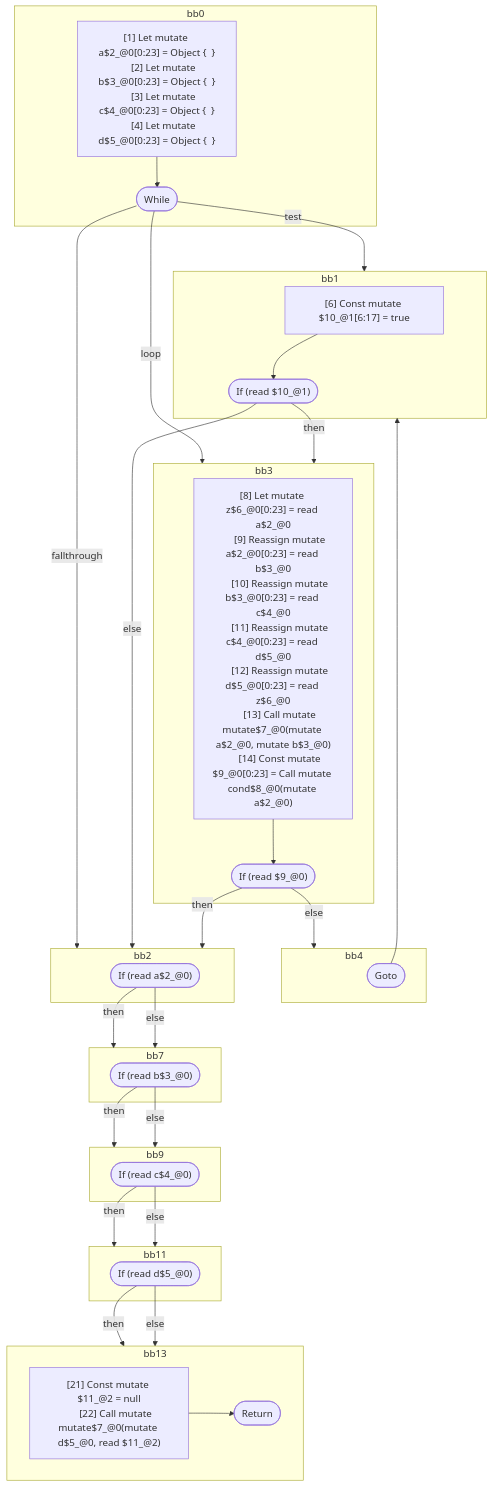
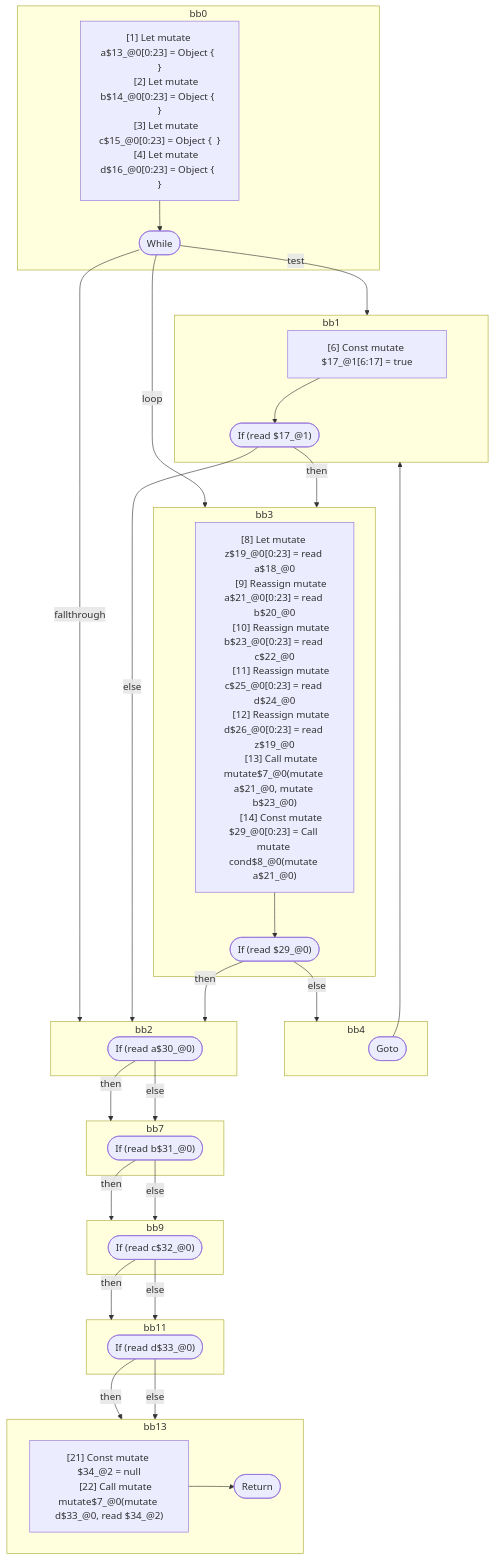
One commit to wutsmog/private changed the third of 3 diagrams in compiler/forget/src/__tests__/fixtures/hir/mutable-lifetime-loops.expect.md. Above: the diagram before and after it, drawn with Mermaid. The commit also changed other lines of this file and 59 other files, not shown here.

````diff
--- a/compiler/forget/src/__tests__/fixtures/hir/mutable-lifetime-loops.expect.md
+++ b/compiler/forget/src/__tests__/fixtures/hir/mutable-lifetime-loops.expect.md
@@ -141,72 +149,72 @@
 ```mermaid
 flowchart TB
   %% Basic Blocks
   subgraph bb0
     bb0_instrs["
-      [1] Let mutate a$2_@0[0:23] = Object {  }
-      [2] Let mutate b$3_@0[0:23] = Object {  }
-      [3] Let mutate c$4_@0[0:23] = Object {  }
-      [4] Let mutate d$5_@0[0:23] = Object {  }
+      [1] Let mutate a$13_@0[0:23] = Object {  }
+      [2] Let mutate b$14_@0[0:23] = Object {  }
+      [3] Let mutate c$15_@0[0:23] = Object {  }
+      [4] Let mutate d$16_@0[0:23] = Object {  }
     "]
     bb0_instrs --> bb0_terminal(["While"])
   end
   subgraph bb1
     bb1_instrs["
-      [6] Const mutate $10_@1[6:17] = true
+      [6] Const mutate $17_@1[6:17] = true
     "]
-    bb1_instrs --> bb1_terminal(["If (read $10_@1)"])
+    bb1_instrs --> bb1_terminal(["If (read $17_@1)"])
   end
   subgraph bb3
     bb3_instrs["
-      [8] Let mutate z$6_@0[0:23] = read a$2_@0
-      [9] Reassign mutate a$2_@0[0:23] = read b$3_@0
-      [10] Reassign mutate b$3_@0[0:23] = read c$4_@0
-      [11] Reassign mutate c$4_@0[0:23] = read d$5_@0
-      [12] Reassign mutate d$5_@0[0:23] = read z$6_@0
-      [13] Call mutate mutate$7_@0(mutate a$2_@0, mutate b$3_@0)
-      [14] Const mutate $9_@0[0:23] = Call mutate cond$8_@0(mutate a$2_@0)
+      [8] Let mutate z$19_@0[0:23] = read a$18_@0
+      [9] Reassign mutate a$21_@0[0:23] = read b$20_@0
+      [10] Reassign mutate b$23_@0[0:23] = read c$22_@0
+      [11] Reassign mutate c$25_@0[0:23] = read d$24_@0
+      [12] Reassign mutate d$26_@0[0:23] = read z$19_@0
+      [13] Call mutate mutate$7_@0(mutate a$21_@0, mutate b$23_@0)
+      [14] Const mutate $29_@0[0:23] = Call mutate cond$8_@0(mutate a$21_@0)
     "]
-    bb3_instrs --> bb3_terminal(["If (read $9_@0)"])
+    bb3_instrs --> bb3_terminal(["If (read $29_@0)"])
   end
   subgraph bb4
     bb4_terminal(["Goto"])
   end
   subgraph bb2
-    bb2_terminal(["If (read a$2_@0)"])
+    bb2_terminal(["If (read a$30_@0)"])
   end
   subgraph bb7
-    bb7_terminal(["If (read b$3_@0)"])
+    bb7_terminal(["If (read b$31_@0)"])
   end
   subgraph bb9
-    bb9_terminal(["If (read c$4_@0)"])
+    bb9_terminal(["If (read c$32_@0)"])
   end
   subgraph bb11
-    bb11_terminal(["If (read d$5_@0)"])
+    bb11_terminal(["If (read d$33_@0)"])
   end
   subgraph bb13
     bb13_instrs["
-      [21] Const mutate $11_@2 = null
-      [22] Call mutate mutate$7_@0(mutate d$5_@0, read $11_@2)
+      [21] Const mutate $34_@2 = null
+      [22] Call mutate mutate$7_@0(mutate d$33_@0, read $34_@2)
     "]
     bb13_instrs --> bb13_terminal(["Return"])
   end
 
   %% Jumps
   bb0_terminal -- "test" --> bb1
   bb0_terminal -- "loop" --> bb3
   bb0_terminal -- "fallthrough" --> bb2
   bb1_terminal -- "then" --> bb3
   bb1_terminal -- "else" --> bb2
   bb3_terminal -- "then" --> bb2
   bb3_terminal -- "else" --> bb4
   bb4_terminal --> bb1
   bb2_terminal -- "then" --> bb7
   bb2_terminal -- "else" --> bb7
   bb7_terminal -- "then" --> bb9
   bb7_terminal -- "else" --> bb9
   bb9_terminal -- "then" --> bb11
   bb9_terminal -- "else" --> bb11
   bb11_terminal -- "then" --> bb13
   bb11_terminal -- "else" --> bb13
 
 ```
````
